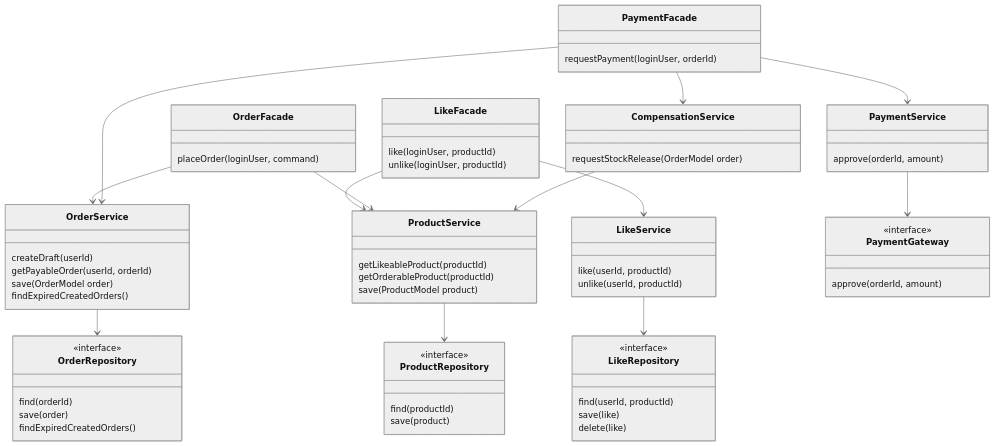
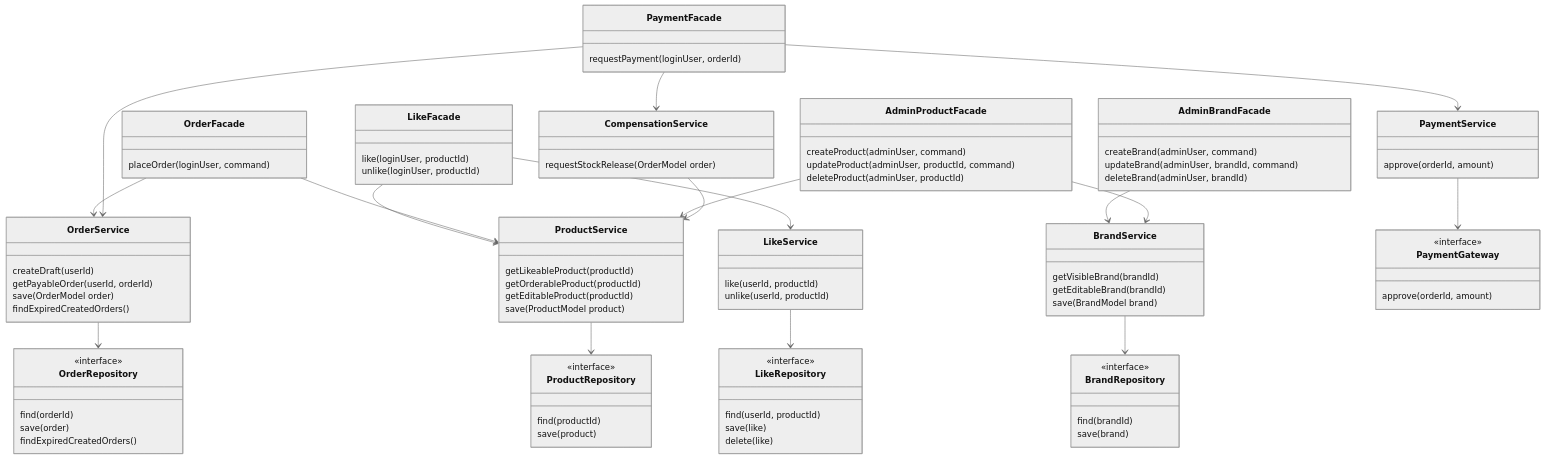
The second of 2 diagrams in docs/week2/03-class-diagram.md (loopers-labs/loop-pack-be-l2-vol4-java), drawn with Mermaid (neutral theme) before and after one commit. The commit also changed other lines of this file and 3 other files, not shown here.

```diff
--- a/docs/week2/03-class-diagram.md
+++ b/docs/week2/03-class-diagram.md
@@ -203,9 +210,28 @@
         requestPayment(loginUser, orderId)
     }
 
+    class AdminBrandFacade {
+        createBrand(adminUser, command)
+        updateBrand(adminUser, brandId, command)
+        deleteBrand(adminUser, brandId)
+    }
+
+    class AdminProductFacade {
+        createProduct(adminUser, command)
+        updateProduct(adminUser, productId, command)
+        deleteProduct(adminUser, productId)
+    }
+
+    class BrandService {
+        getVisibleBrand(brandId)
+        getEditableBrand(brandId)
+        save(BrandModel brand)
+    }
+
     class ProductService {
         getLikeableProduct(productId)
         getOrderableProduct(productId)
+        getEditableProduct(productId)
         save(ProductModel product)
     }
 
@@ -235,6 +261,12 @@
         save(product)
     }
 
+    class BrandRepository {
+        <<interface>>
+        find(brandId)
+        save(brand)
+    }
+
     class LikeRepository {
         <<interface>>
         find(userId, productId)
@@ -261,6 +293,10 @@
     PaymentFacade --> OrderService
     PaymentFacade --> PaymentService
     PaymentFacade --> CompensationService
+    AdminBrandFacade --> BrandService
+    AdminProductFacade --> BrandService
+    AdminProductFacade --> ProductService
+    BrandService --> BrandRepository
     CompensationService --> ProductService
     ProductService --> ProductRepository
     LikeService --> LikeRepository
```
